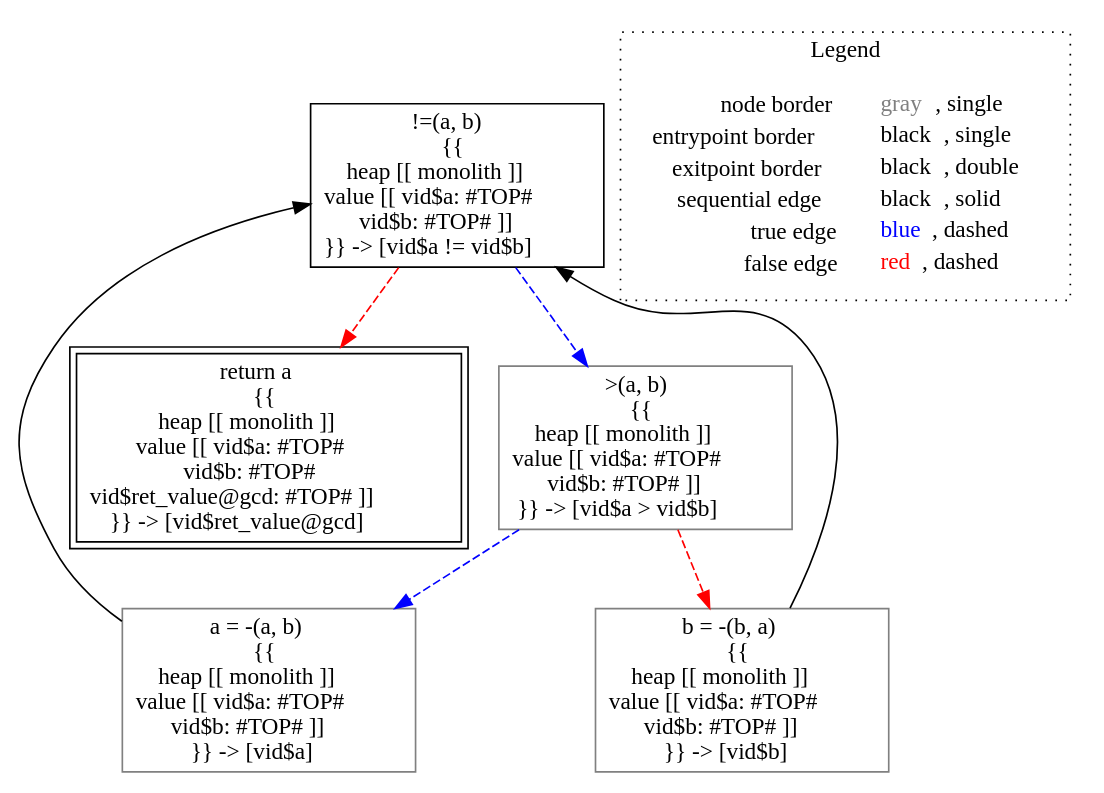
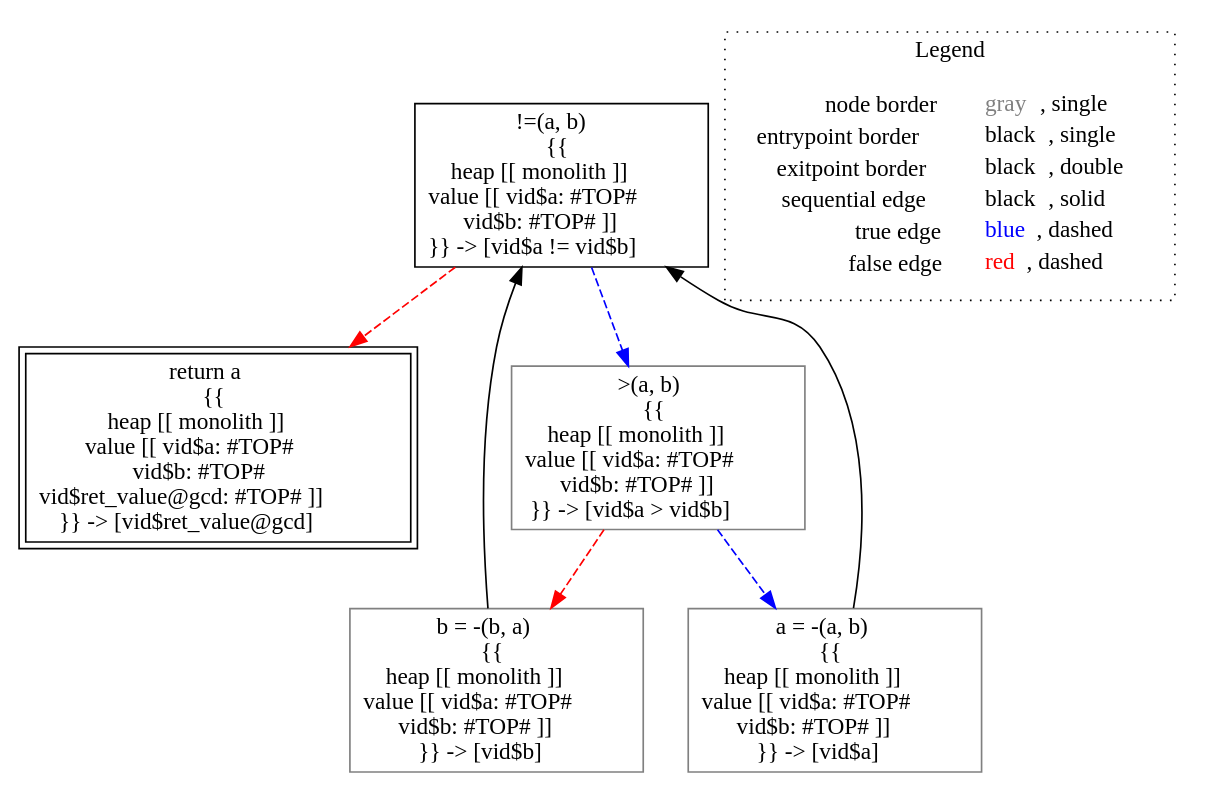
One commit to lisa-analyzer/lisa changed the diagram in lisa/imp-testcases/interval/analysis___untyped_tutorial.gcd(untyped_a,_untyped_b).dot. Above: the diagram before and after it, drawn with Graphviz. The commit also changed 29 other files, not shown here.

```diff
--- a/lisa/imp-testcases/interval/analysis___untyped_tutorial.gcd(untyped_a,_untyped_b).dot
+++ b/lisa/imp-testcases/interval/analysis___untyped_tutorial.gcd(untyped_a,_untyped_b).dot
@@ -1,20 +1,20 @@
 digraph {
 	"node0" [shape="rect",color="black",label=<!=(a, b)<BR/>{{<BR/>heap [[ monolith ]]<BR/>value [[ vid$a: #TOP#<BR/>vid$b: #TOP# ]]<BR/>}} -&gt; [vid$a != vid$b]>];
-	"node1" [shape="rect",color="gray",label=<a = -(a, b)<BR/>{{<BR/>heap [[ monolith ]]<BR/>value [[ vid$a: #TOP#<BR/>vid$b: #TOP# ]]<BR/>}} -&gt; [vid$a]>];
-	"node2" [shape="rect",color="gray",label=<b = -(b, a)<BR/>{{<BR/>heap [[ monolith ]]<BR/>value [[ vid$a: #TOP#<BR/>vid$b: #TOP# ]]<BR/>}} -&gt; [vid$b]>];
-	"node3" [shape="rect",color="gray",label=<&gt;(a, b)<BR/>{{<BR/>heap [[ monolith ]]<BR/>value [[ vid$a: #TOP#<BR/>vid$b: #TOP# ]]<BR/>}} -&gt; [vid$a &gt; vid$b]>];
-	"node4" [shape="rect",color="black",peripheries="2",label=<return a<BR/>{{<BR/>heap [[ monolith ]]<BR/>value [[ vid$a: #TOP#<BR/>vid$b: #TOP#<BR/>vid$ret_value@gcd: #TOP# ]]<BR/>}} -&gt; [vid$ret_value@gcd]>];
+	"node1" [shape="rect",color="gray",label=<b = -(b, a)<BR/>{{<BR/>heap [[ monolith ]]<BR/>value [[ vid$a: #TOP#<BR/>vid$b: #TOP# ]]<BR/>}} -&gt; [vid$b]>];
+	"node2" [shape="rect",color="black",peripheries="2",label=<return a<BR/>{{<BR/>heap [[ monolith ]]<BR/>value [[ vid$a: #TOP#<BR/>vid$b: #TOP#<BR/>vid$ret_value@gcd: #TOP# ]]<BR/>}} -&gt; [vid$ret_value@gcd]>];
+	"node3" [shape="rect",color="gray",label=<a = -(a, b)<BR/>{{<BR/>heap [[ monolith ]]<BR/>value [[ vid$a: #TOP#<BR/>vid$b: #TOP# ]]<BR/>}} -&gt; [vid$a]>];
+	"node4" [shape="rect",color="gray",label=<&gt;(a, b)<BR/>{{<BR/>heap [[ monolith ]]<BR/>value [[ vid$a: #TOP#<BR/>vid$b: #TOP# ]]<BR/>}} -&gt; [vid$a &gt; vid$b]>];
 	"node1" -> "node0" [color="black"];
-	"node2" -> "node0" [color="black"];
-	"node0" -> "node3" [color="blue",style="dashed"];
-	"node0" -> "node4" [color="red",style="dashed"];
-	"node3" -> "node1" [color="blue",style="dashed"];
-	"node3" -> "node2" [color="red",style="dashed"];
+	"node3" -> "node0" [color="black"];
+	"node0" -> "node2" [color="red",style="dashed"];
+	"node0" -> "node4" [color="blue",style="dashed"];
+	"node4" -> "node1" [color="red",style="dashed"];
+	"node4" -> "node3" [color="blue",style="dashed"];
 subgraph cluster_legend {
 	label="Legend";
 	style=dotted;
 	node [shape=plaintext];
 	"legend" [label=<<table border="0" cellpadding="2" cellspacing="0" cellborder="0"><tr><td align="right">node border&nbsp;</td><td align="left"><font color="gray">gray</font>, single</td></tr><tr><td align="right">entrypoint border&nbsp;</td><td align="left"><font color="black">black</font>, single</td></tr><tr><td align="right">exitpoint border&nbsp;</td><td align="left"><font color="black">black</font>, double</td></tr><tr><td align="right">sequential edge&nbsp;</td><td align="left"><font color="black">black</font>, solid</td></tr><tr><td align="right">true edge&nbsp;</td><td align="left"><font color="blue">blue</font>, dashed</td></tr><tr><td align="right">false edge&nbsp;</td><td align="left"><font color="red">red</font>, dashed</td></tr></table>>];
 }
 
 }
```
